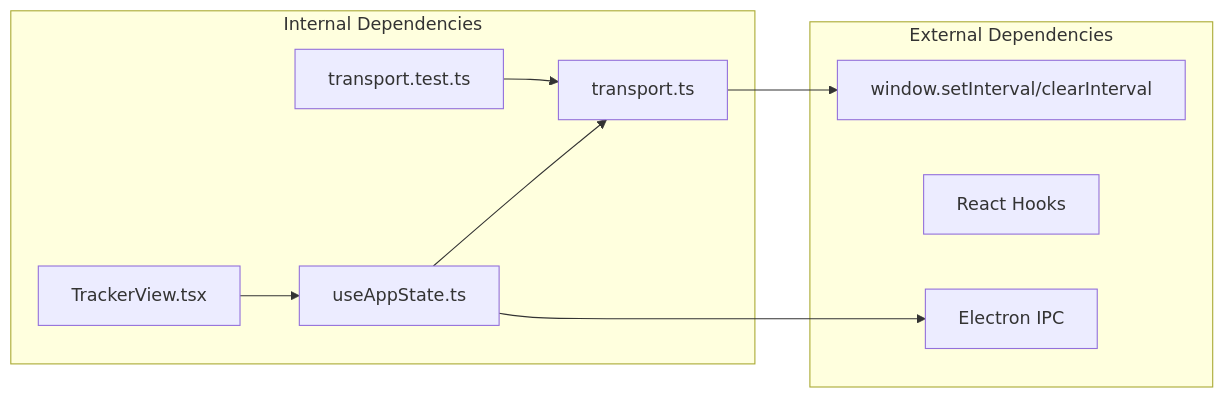
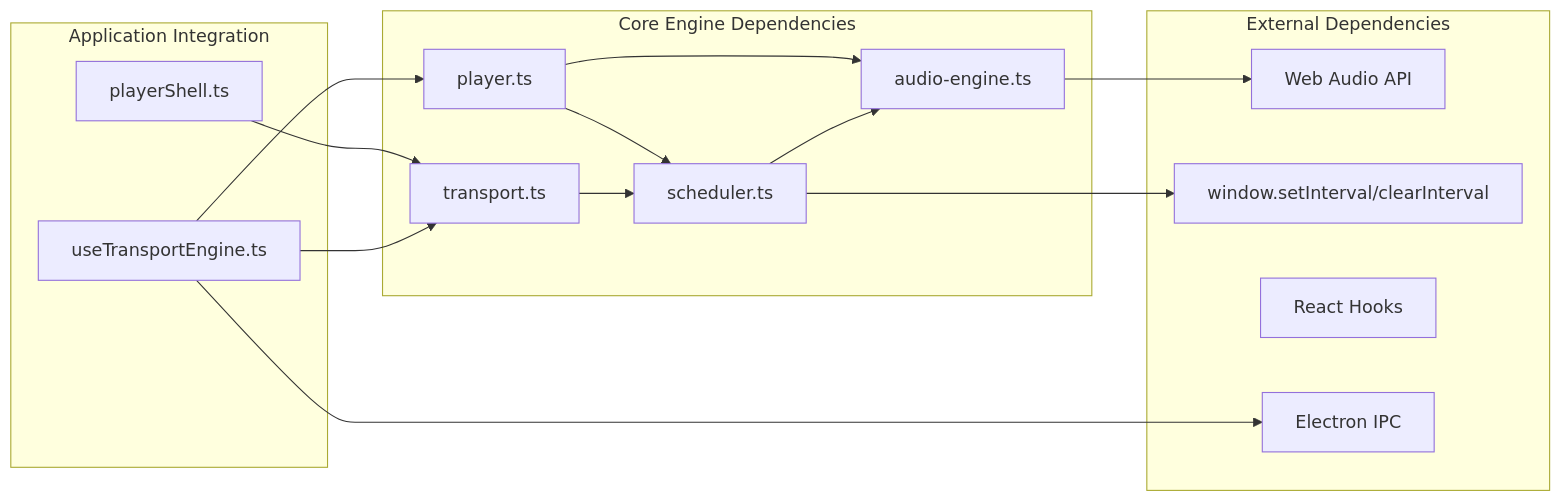
Before and after one commit to satyrlord/mixjam-electron: the eighth of 8 diagrams in .qoder/repowiki/en/content/Audio Engine/Transport System.md, drawn with Mermaid. The commit also changed other lines of this file and 104 other files, not shown here.

First line of the commit message:
fix(config): update markdownlint schema and cleanup ignored paths

````diff
--- a/.qoder/repowiki/en/content/Audio Engine/Transport System.md
+++ b/.qoder/repowiki/en/content/Audio Engine/Transport System.md
@@ -271,19 +334,29 @@
 ```mermaid
 graph LR
-subgraph "Internal Dependencies"
+subgraph "Core Engine Dependencies"
 TransportTS[transport.ts]
-TransportTestTS[transport.test.ts]
-UseAppStateTS[useAppState.ts]
-TrackerViewTSX[TrackerView.tsx]
+SchedulerTS[scheduler.ts]
+PlayerTS[player.ts]
+AudioEngineTS[audio-engine.ts]
+end
+subgraph "Application Integration"
+UseTransportEngineTS[useTransportEngine.ts]
+PlayerShellTS[playerShell.ts]
 end
 subgraph "External Dependencies"
+WebAudioAPI[Web Audio API]
 WindowAPI[window.setInterval/clearInterval]
 React[React Hooks]
 ElectronAPI[Electron IPC]
 end
-TransportTS --> WindowAPI
-UseAppStateTS --> TransportTS
-TrackerViewTSX --> UseAppStateTS
-UseAppStateTS --> ElectronAPI
-TransportTestTS --> TransportTS
+TransportTS --> SchedulerTS
+SchedulerTS --> AudioEngineTS
+PlayerTS --> SchedulerTS
+PlayerTS --> AudioEngineTS
+UseTransportEngineTS --> TransportTS
+UseTransportEngineTS --> PlayerTS
+PlayerShellTS --> TransportTS
+AudioEngineTS --> WebAudioAPI
+SchedulerTS --> WindowAPI
+UseTransportEngineTS --> ElectronAPI
 ```
````
